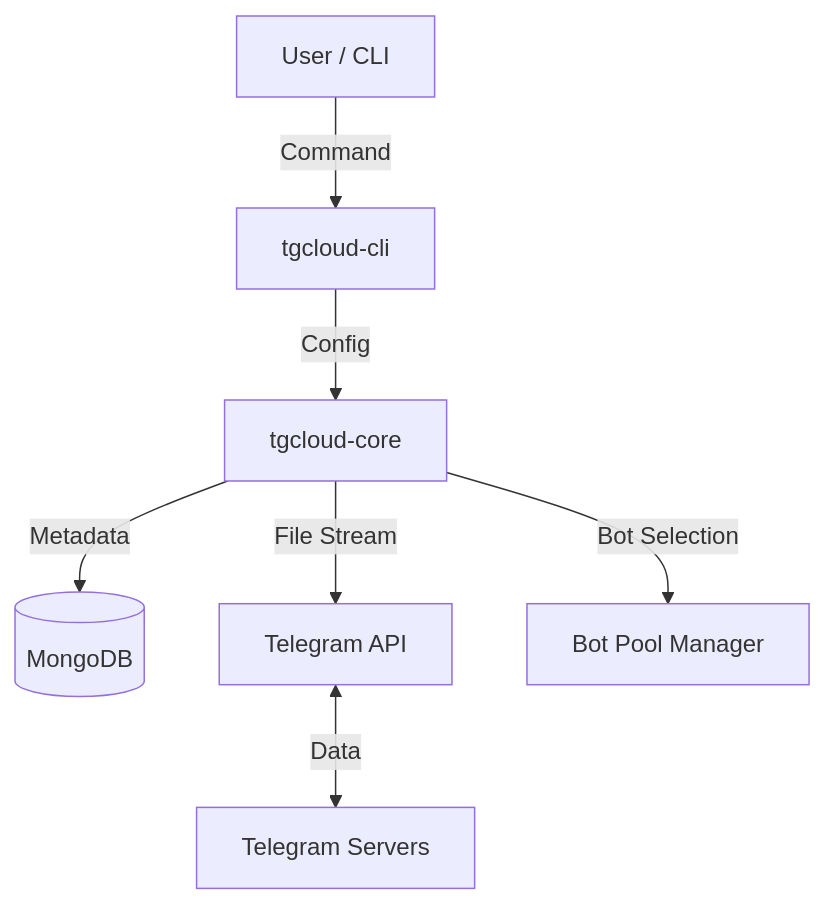
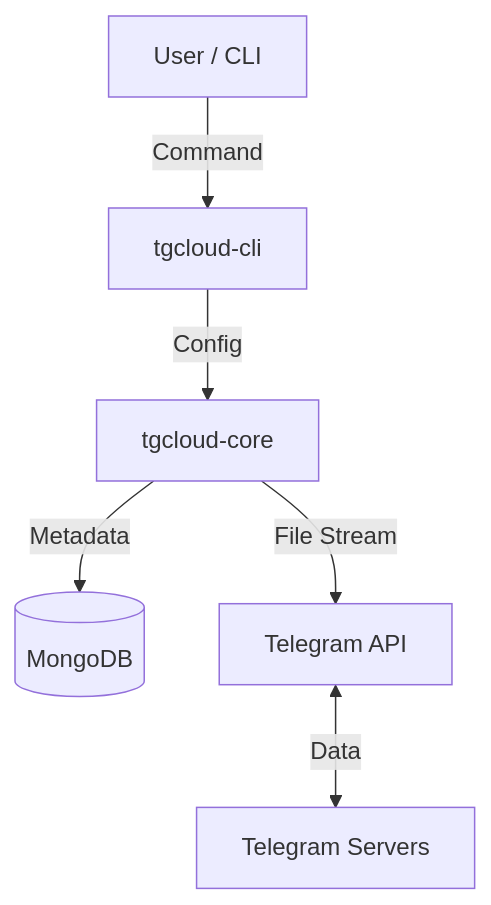
Before and after one commit to angel2rider/tgcloud: the diagram in README.md, drawn with Mermaid. The commit also changed other lines of this file and 15 other files, not shown here.

````diff
--- a/README.md
+++ b/README.md
@@ -36,9 +35,8 @@
 ```mermaid
 graph TD
     A[User / CLI] -->|Command| B[tgcloud-cli]
     B -->|Config| C[tgcloud-core]
     C -->|Metadata| D[(MongoDB)]
     C -->|File Stream| E[Telegram API]
     E <-->|Data| F[Telegram Servers]
-    C -->|Bot Selection| G[Bot Pool Manager]
 ```
````
